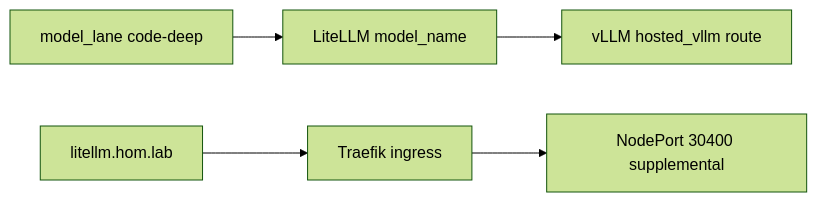
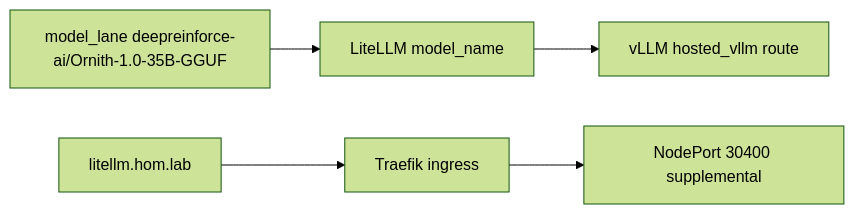
The third of 3 diagrams in docs/plans/2026-07-09--litellm-vendor-reference-pack-incomplete/README.md (doesitscript/dotfile-vnext), drawn with Mermaid (forest theme) before and after one commit. The commit also changed 52 other files, not shown here.

````diff
--- a/docs/plans/2026-07-09--litellm-vendor-reference-pack-incomplete/README.md
+++ b/docs/plans/2026-07-09--litellm-vendor-reference-pack-incomplete/README.md
@@ -104,7 +104,7 @@
 ```mermaid
 graph LR
-  lane[model_lane code-deep] --> alias[LiteLLM model_name]
+  lane[model_lane deepreinforce-ai/Ornith-1.0-35B-GGUF] --> alias[LiteLLM model_name]
   alias --> backend[vLLM hosted_vllm route]
   service[litellm.hom.lab] --> traefik[Traefik ingress]
   traefik --> nodeport[NodePort 30400 supplemental]
 ```
````
